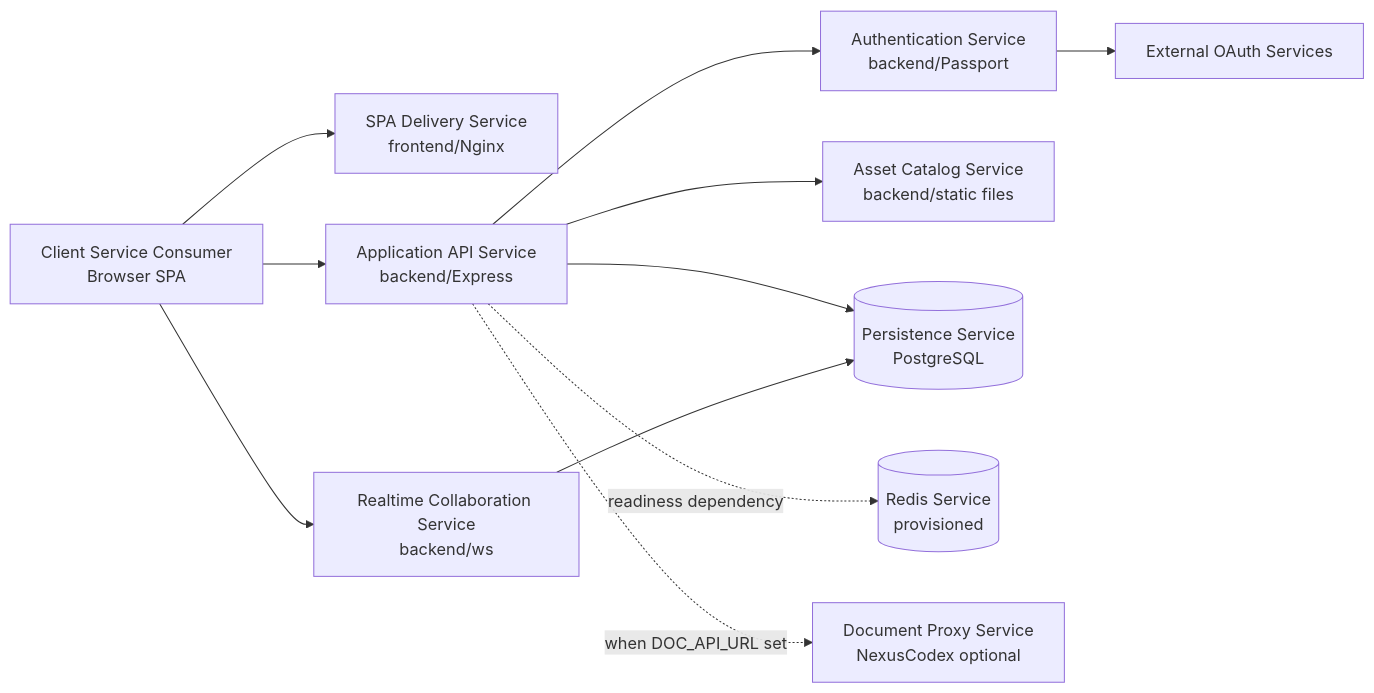
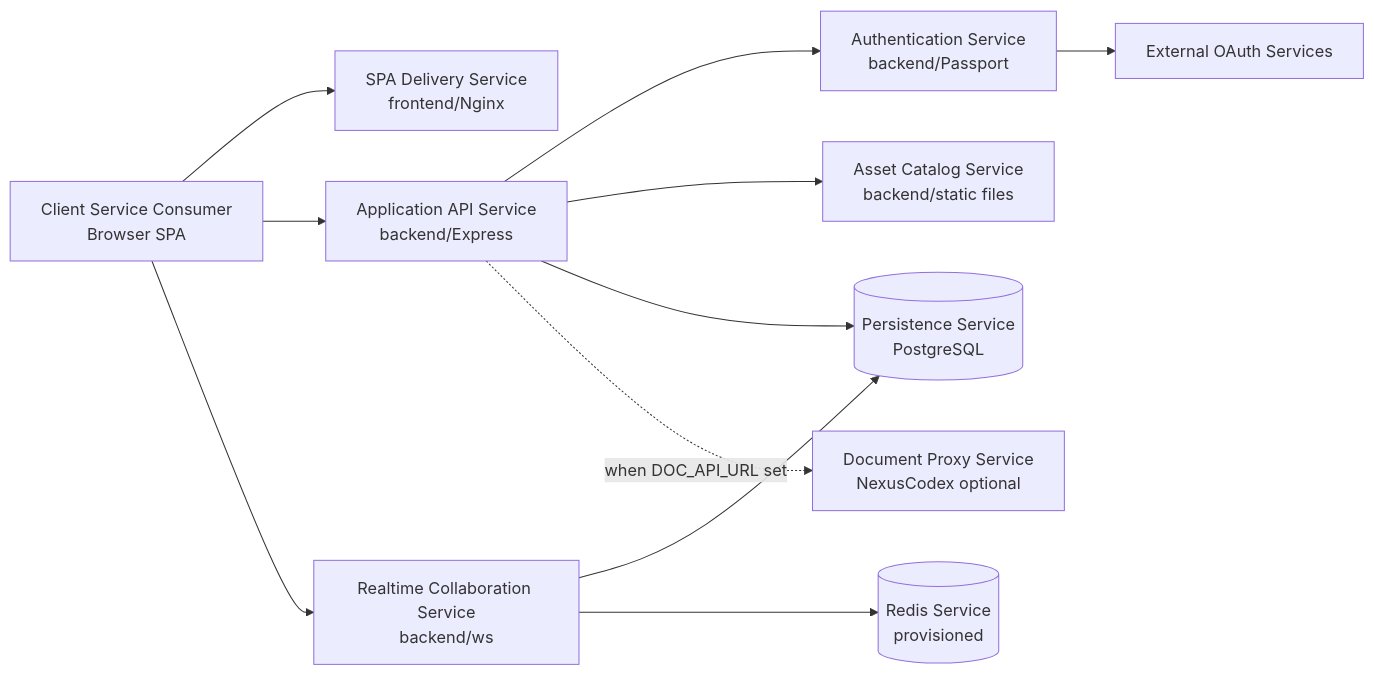
One commit to joelmale/nexusVTT changed the diagram in docs/DoDEA/SvcV-1.md. Above: the diagram before and after it, drawn with Mermaid. The commit also changed other lines of this file and 225 other files, not shown here.

First line of the commit message:
Harden architecture and production resilience

````diff
--- a/docs/DoDEA/SvcV-1.md
+++ b/docs/DoDEA/SvcV-1.md
@@ -8,24 +8,24 @@
 ```mermaid
 flowchart LR
   client[Client Service Consumer<br/>Browser SPA]
   spa[SPA Delivery Service<br/>frontend/Nginx]
   api[Application API Service<br/>backend/Express]
   ws[Realtime Collaboration Service<br/>backend/ws]
   auth[Authentication Service<br/>backend/Passport]
   assets[Asset Catalog Service<br/>backend/static files]
   db[(Persistence Service<br/>PostgreSQL)]
   redis[(Redis Service<br/>provisioned)]
   docs[Document Proxy Service<br/>NexusCodex optional]
   oauth[External OAuth Services]
 
   client --> spa
   client --> api
   client --> ws
   api --> auth
   api --> assets
   api --> db
   ws --> db
-  api -. readiness dependency .-> redis
+  ws --> redis
   auth --> oauth
   api -. when DOC_API_URL set .-> docs
 ```
````
